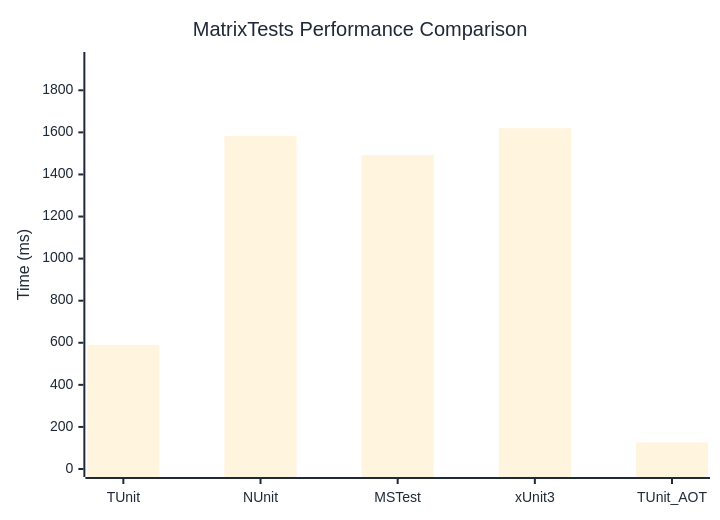
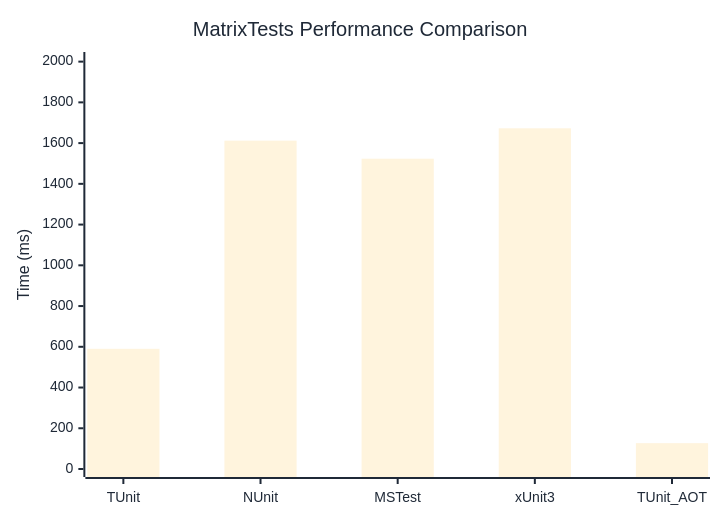
Before and after one commit to thomhurst/TUnit: the diagram in docs/docs/benchmarks/MatrixTests.md, drawn with Mermaid. The commit also changed other lines of this file and 17 other files, not shown here.

````diff
--- a/docs/docs/benchmarks/MatrixTests.md
+++ b/docs/docs/benchmarks/MatrixTests.md
@@ -27,37 +27,37 @@
 ```mermaid
 %%{init: {
   'theme':'base',
   'themeVariables': {
     'primaryColor': '#2563eb',
     'primaryTextColor': '#1f2937',
     'primaryBorderColor': '#1e40af',
     'lineColor': '#6b7280',
     'secondaryColor': '#7c3aed',
     'tertiaryColor': '#dc2626',
     'background': '#ffffff',
     'mainBkg': '#2563eb',
     'secondBkg': '#7c3aed',
     'tertiaryBkg': '#dc2626',
     'clusterBkg': '#f3f4f6',
     'edgeLabelBackground': '#ffffff',
     'tertiaryTextColor': '#1f2937',
     'pie1': '#2563eb',
     'pie2': '#7c3aed',
     'pie3': '#dc2626',
     'pie4': '#f59e0b',
     'pie5': '#10b981',
     'pie6': '#06b6d4',
     'pie7': '#ec4899',
     'pie8': '#6366f1',
     'pie9': '#84cc16',
     'pie10': '#f97316',
     'pie11': '#14b8a6',
     'pie12': '#a855f7'
   }
 }}%%
 xychart-beta
   title "MatrixTests Performance Comparison"
   x-axis ["TUnit", "NUnit", "MSTest", "xUnit3", "TUnit_AOT"]
-  y-axis "Time (ms)" 0 --> 1944
-  bar [590, 1582.9, 1491.7, 1619.5, 126.1]
+  y-axis "Time (ms)" 0 --> 2008
+  bar [590.1, 1612, 1523.4, 1672.7, 126.9]
 ```
````
